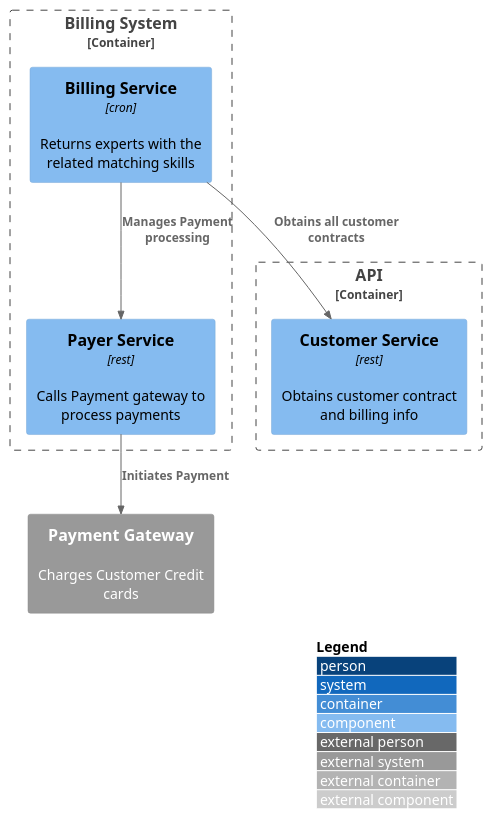
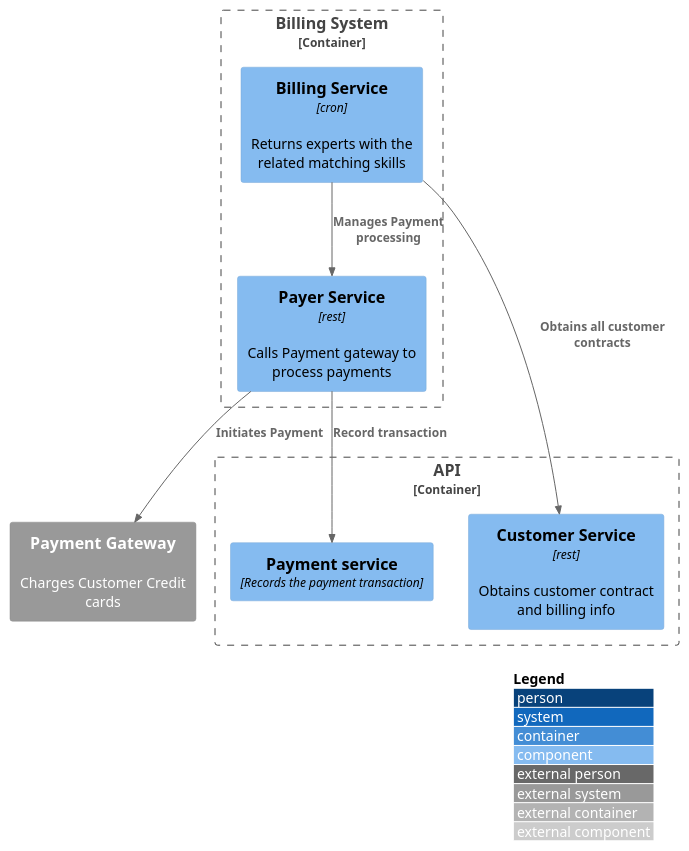
The diagram in src/1 Sysops Squad/Billing System/container.puml (architectonics/sysopssquad), drawn with PlantUML before and after one commit. The commit also changed 9 other files, not shown here.

```diff
--- a/src/1 Sysops Squad/Billing System/container.puml
+++ b/src/1 Sysops Squad/Billing System/container.puml
@@ -1,26 +1,28 @@
 @startuml
 !include https://raw.githubusercontent.com/adrianvlupu/C4-PlantUML/latest/C4_Component.puml
 
 LAYOUT_WITH_LEGEND()
 
 
 System_Ext(payment, "Payment Gateway", "Charges Customer Credit cards")
 
 
 Container_Boundary(api, "API"){
     Component(customer, "Customer Service", "rest", "Obtains customer contract and billing info")
+    Component(paymentapi, "Payment service", "Records the payment transaction")
 
 }
 
 Container_Boundary(scs, "Billing System") {
     Component(biller, "Billing Service", "cron", "Returns experts with the related matching skills")
     Component(payer, "Payer Service", "rest", "Calls Payment gateway to process payments")
 
     Rel(biller, customer, "Obtains all customer contracts")
     Rel(biller, payer, "Manages Payment processing")
     
 }
 
 Rel(payer, payment, "Initiates Payment")
+Rel(payer, paymentapi,"Record transaction")
 
 @enduml
```
